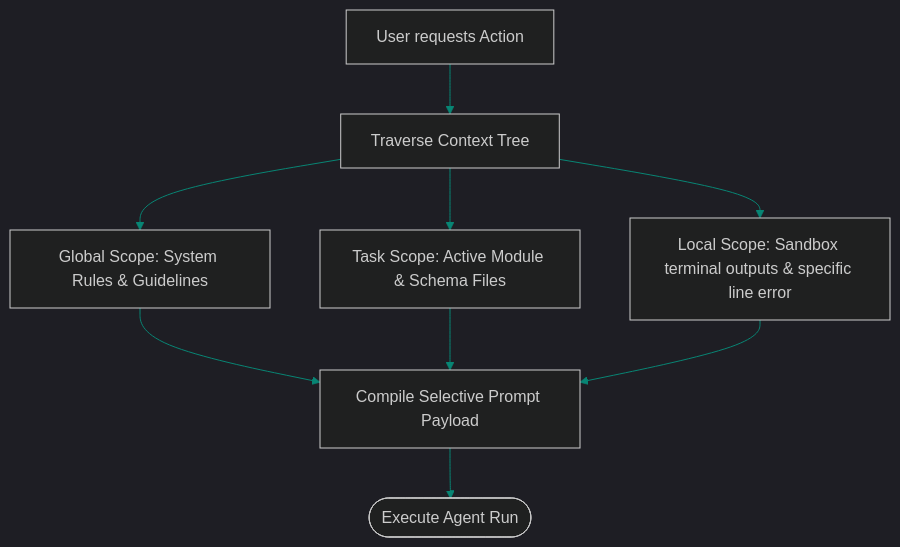
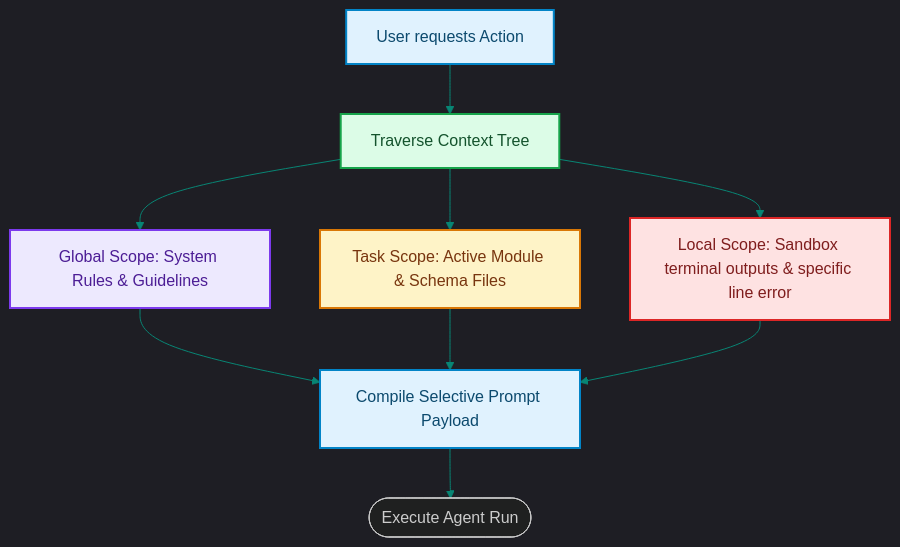
Before and after one commit to akmalkhaniub/akmalkhaniub.github.io: the diagram in blog/posts/memory-hierarchical-context-trees-prompt-optimization.md, drawn with Mermaid. The commit also changed other lines of this file and 1291 other files, not shown here.

First line of the commit message:
feat(catalog): unique covers, scholarly references, and diagram palettes

````diff
--- a/blog/posts/memory-hierarchical-context-trees-prompt-optimization.md
+++ b/blog/posts/memory-hierarchical-context-trees-prompt-optimization.md
@@ -16,14 +16,25 @@
 ```mermaid
 %%{init: {'theme': 'dark', 'themeVariables': { 'primaryColor': '#088574', 'primaryTextColor': '#f3f4f6', 'primaryBorderColor': '#0db49b', 'lineColor': '#088574', 'secondaryColor': '#111827', 'tertiaryColor': '#0b0f19'}}}%%
 flowchart TD
-    Prompt[User requests Action] --> Select[Traverse Context Tree]
+    Prompt["User requests Action"] --> Select["Traverse Context Tree"]
     
-    Select --> G[Global Scope: System Rules & Guidelines]
-    Select --> T[Task Scope: Active Module & Schema Files]
-    Select --> L[Local Scope: Sandbox terminal outputs & specific line error]
+    Select --> G["Global Scope: System Rules & Guidelines"]
+    Select --> T["Task Scope: Active Module & Schema Files"]
+    Select --> L["Local Scope: Sandbox terminal outputs & specific line error"]
     
-    G --> Compile[Compile Selective Prompt Payload]
+    G --> Compile["Compile Selective Prompt Payload"]
     T --> Compile
     L --> Compile
     Compile --> Agent([Execute Agent Run])
+
+classDef green fill:#dcfce7,stroke:#16a34a,stroke-width:2px,color:#14532d;
+classDef red fill:#fee2e2,stroke:#dc2626,stroke-width:2px,color:#7f1d1d;
+classDef blue fill:#e0f2fe,stroke:#0284c7,stroke-width:2px,color:#0c4a6e;
+classDef yellow fill:#fef3c7,stroke:#d97706,stroke-width:2px,color:#78350f;
+classDef purple fill:#ede9fe,stroke:#7c3aed,stroke-width:2px,color:#4c1d95;
+class Prompt,Compile blue
+class Select green
+class G purple
+class T yellow
+class L red
 ```
````
